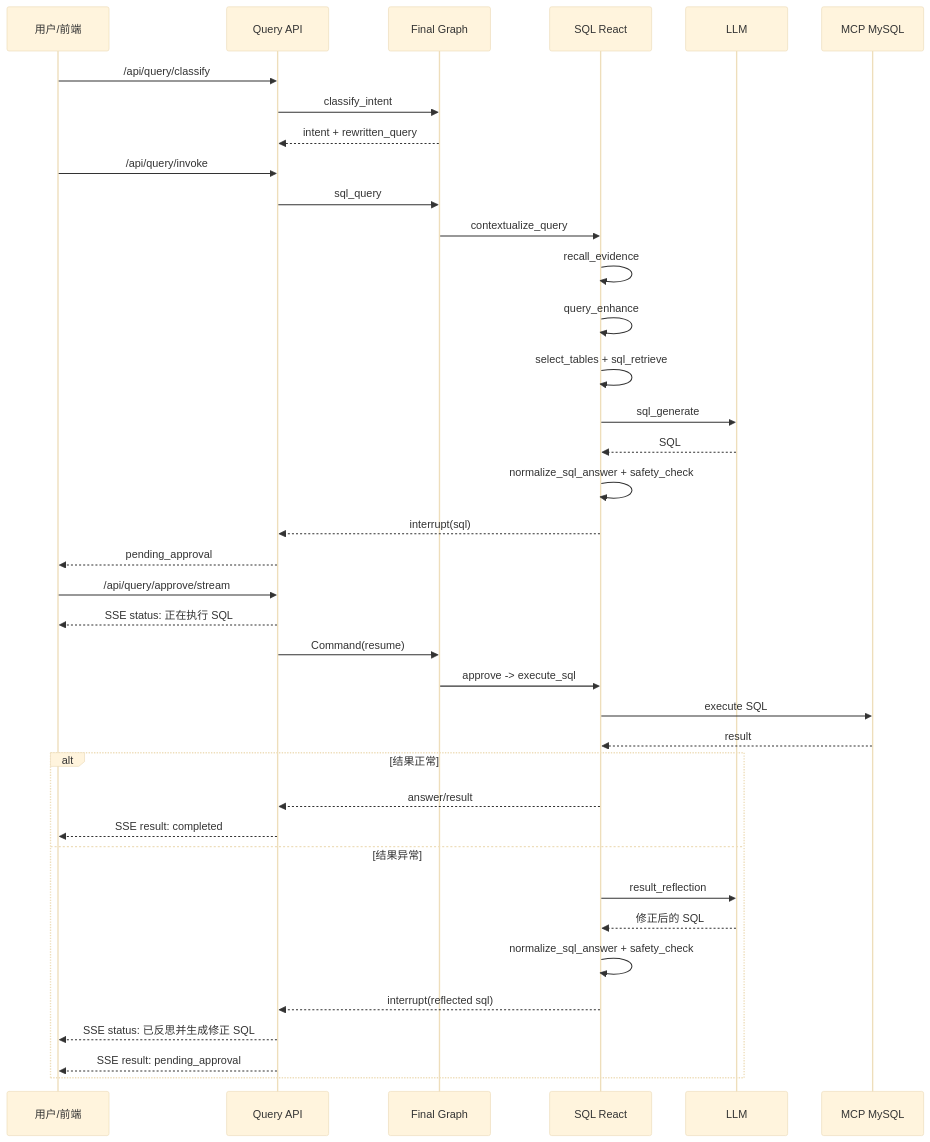
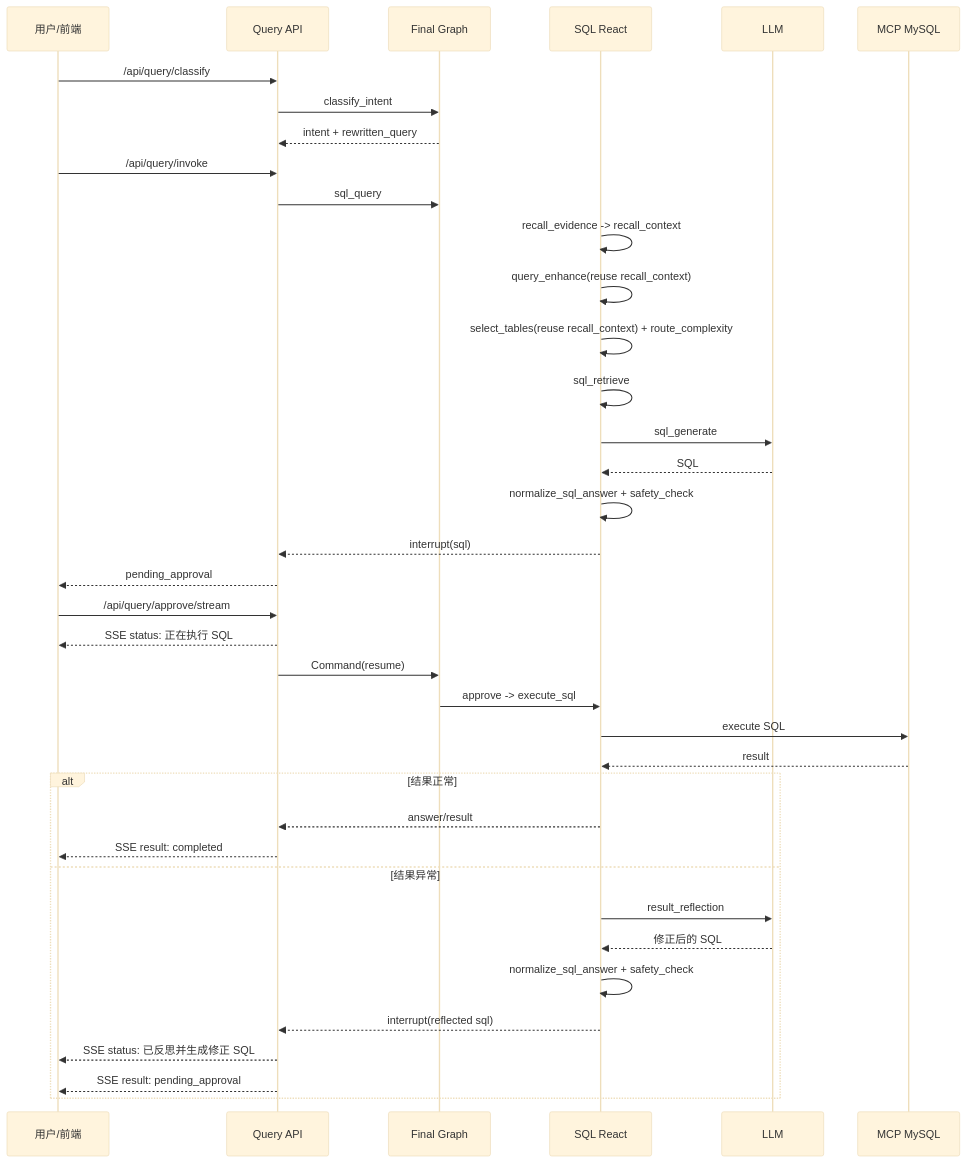
The second of 2 diagrams in README.md (liangyuzhe/agent-platform-py), drawn with Mermaid (base theme) before and after one commit. The commit also changed other lines of this file and 13 other files, not shown here.

Commit message:
fix: constrain recall context table selection

````diff
--- a/README.md
+++ b/README.md
@@ -628,44 +699,44 @@
 ```mermaid
 sequenceDiagram
     participant U as 用户/前端
     participant API as Query API
     participant G as Final Graph
     participant S as SQL React
     participant LLM as LLM
     participant DB as MCP MySQL
 
     U->>API: /api/query/classify
     API->>G: classify_intent
     G-->>API: intent + rewritten_query
 
     U->>API: /api/query/invoke
     API->>G: sql_query
-    G->>S: contextualize_query
-    S->>S: recall_evidence
-    S->>S: query_enhance
-    S->>S: select_tables + sql_retrieve
+    S->>S: recall_evidence -> recall_context
+    S->>S: query_enhance(reuse recall_context)
+    S->>S: select_tables(reuse recall_context) + route_complexity
+    S->>S: sql_retrieve
     S->>LLM: sql_generate
     LLM-->>S: SQL
     S->>S: normalize_sql_answer + safety_check
     S-->>API: interrupt(sql)
     API-->>U: pending_approval
 
     U->>API: /api/query/approve/stream
     API-->>U: SSE status: 正在执行 SQL
     API->>G: Command(resume)
     G->>S: approve -> execute_sql
     S->>DB: execute SQL
     DB-->>S: result
 
     alt 结果正常
         S-->>API: answer/result
         API-->>U: SSE result: completed
     else 结果异常
         S->>LLM: result_reflection
         LLM-->>S: 修正后的 SQL
         S->>S: normalize_sql_answer + safety_check
         S-->>API: interrupt(reflected sql)
         API-->>U: SSE status: 已反思并生成修正 SQL
         API-->>U: SSE result: pending_approval
     end
 ```
````
